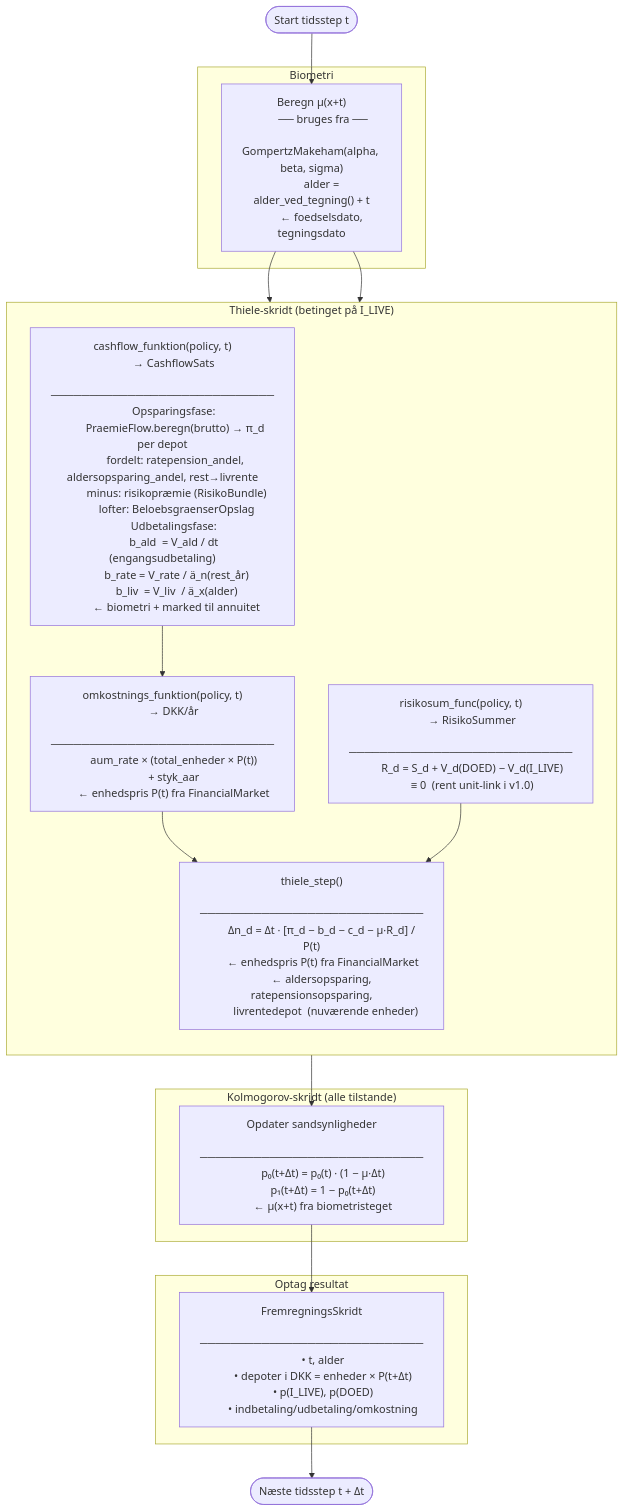
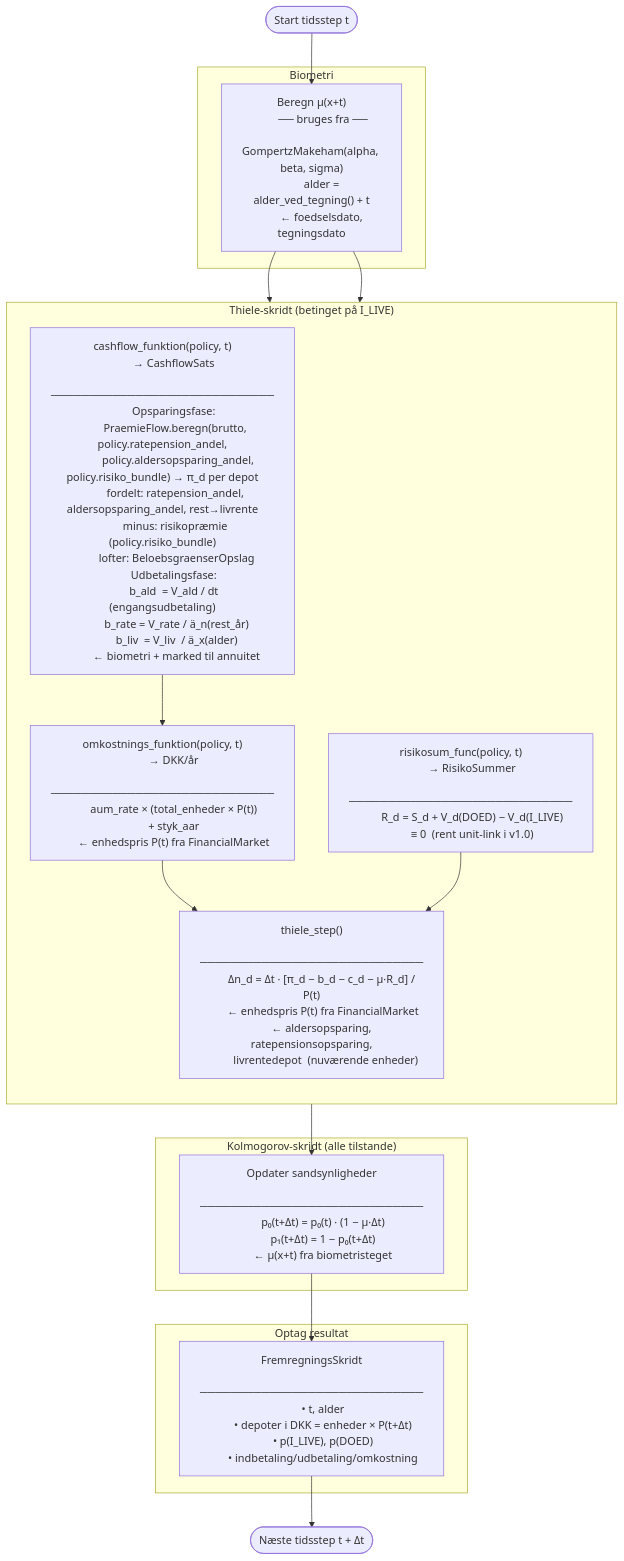
Before and after one commit to Alexlollike/Verd: the second of 2 diagrams in DOKUMENTATION.md, drawn with Mermaid. The commit also changed other lines of this file and 6 other files, not shown here.

First line of the commit message:
Flyt police-specifik data fra PraemieFlow til Policy

````diff
--- a/DOKUMENTATION.md
+++ b/DOKUMENTATION.md
@@ -642,78 +638,79 @@
 ```mermaid
 flowchart TD
     START(["Start tidsstep t"])
 
     subgraph MU ["Biometri"]
         MU1["Beregn µ(x+t)
         ── bruges fra ──
         GompertzMakeham(alpha, beta, sigma)
         alder = alder_ved_tegning() + t
         ← foedselsdato, tegningsdato"]
     end
 
     subgraph THIELE ["Thiele-skridt  (betinget på I_LIVE)"]
         direction TB
         CF1["cashflow_funktion(policy, t)
         → CashflowSats
         ─────────────────────────────
         Opsparingsfase:
-          PraemieFlow.beregn(brutto) → π_d per depot
+          PraemieFlow.beregn(brutto, policy.ratepension_andel,
+            policy.aldersopsparing_andel, policy.risiko_bundle) → π_d per depot
           fordelt: ratepension_andel, aldersopsparing_andel, rest→livrente
-          minus: risikopræmie (RisikoBundle)
+          minus: risikopræmie (policy.risiko_bundle)
           lofter: BeloebsgraenserOpslag
         Udbetalingsfase:
           b_ald  = V_ald / dt  (engangsudbetaling)
           b_rate = V_rate / ä_n(rest_år)
           b_liv  = V_liv  / ä_x(alder)
           ← biometri + marked til annuitet"]
 
         OMK1["omkostnings_funktion(policy, t)
         → DKK/år
         ─────────────────────────────
         aum_rate × (total_enheder × P(t))
         + styk_aar
         ← enhedspris P(t) fra FinancialMarket"]
 
         RS1["risikosum_func(policy, t)
         → RisikoSummer
         ─────────────────────────────
         R_d = S_d + V_d(DOED) − V_d(I_LIVE)
         ≡ 0  (rent unit-link i v1.0)"]
 
         TH["thiele_step()
         ─────────────────────────────
         Δn_d = Δt · [π_d − b_d − c_d − µ·R_d] / P(t)
         ← enhedspris P(t) fra FinancialMarket
         ← aldersopsparing, ratepensionsopsparing,
           livrentedepot  (nuværende enheder)"]
     end
 
     subgraph KOLM ["Kolmogorov-skridt  (alle tilstande)"]
         KO["Opdater sandsynligheder
         ─────────────────────────────
         p₀(t+Δt) = p₀(t) · (1 − µ·Δt)
         p₁(t+Δt) = 1 − p₀(t+Δt)
         ← µ(x+t) fra biometristeget"]
     end
 
     subgraph REC ["Optag resultat"]
         REC1["FremregningsSkridt
         ─────────────────────────────
         • t, alder
         • depoter i DKK = enheder × P(t+Δt)
         • p(I_LIVE), p(DOED)
         • indbetaling/udbetaling/omkostning"]
     end
 
     SLUT(["Næste tidsstep t + Δt"])
 
     START --> MU1
     MU1 --> CF1
     MU1 --> RS1
     CF1 --> OMK1
     OMK1 --> TH
     RS1 --> TH
     TH --> KO
     KO --> REC1
     REC1 --> SLUT
 ```
````
